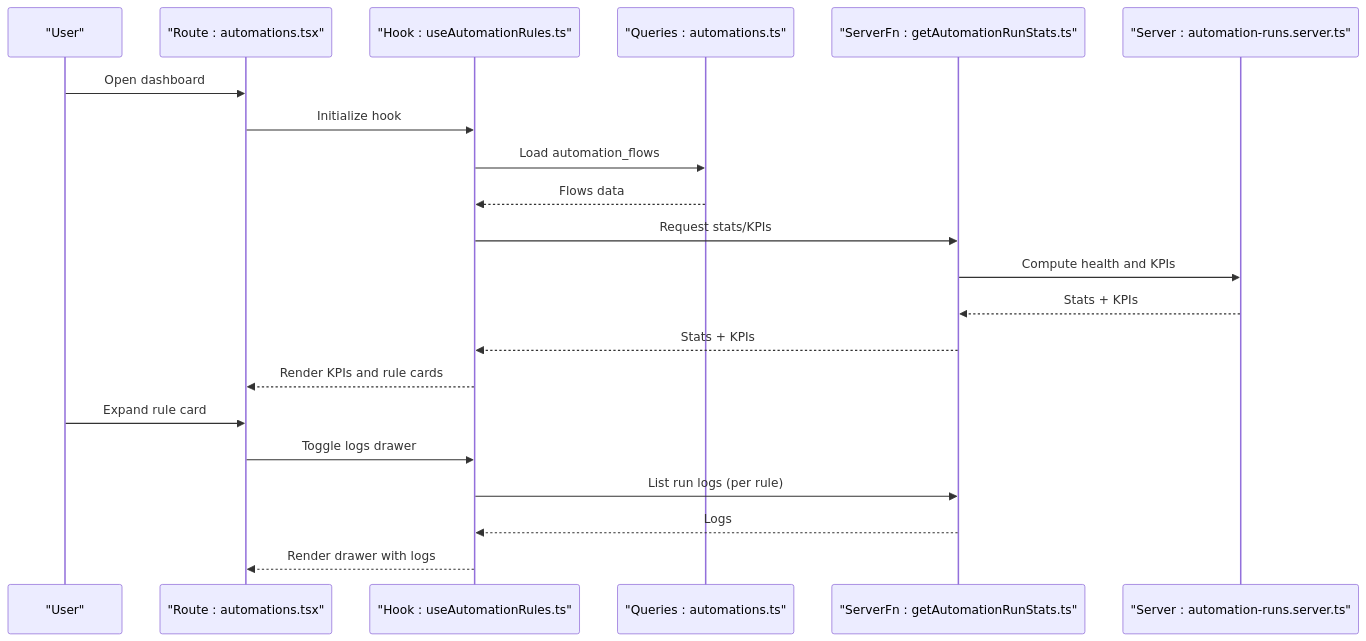
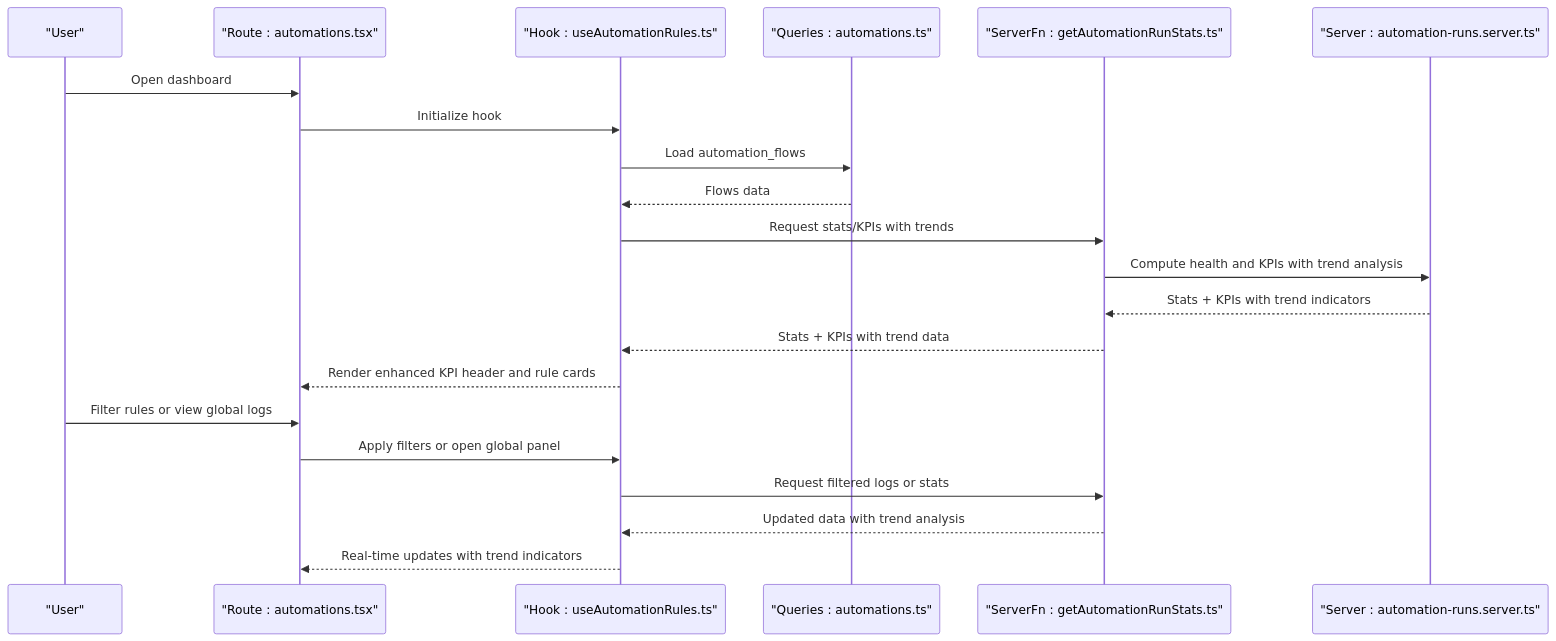
Before and after one commit to gastaldellomarco/pcReady: the second of 5 diagrams in .qoder/repowiki/en/content/Automation System/Automation KPIs and Dashboard.md, drawn with Mermaid. The commit also changed other lines of this file and 19 other files, not shown here.

First line of the commit message:
feat(automation): enhance Automation Flow Builder with dual-mode design and advanced UI

````diff
--- a/.qoder/repowiki/en/content/Automation System/Automation KPIs and Dashboard.md
+++ b/.qoder/repowiki/en/content/Automation System/Automation KPIs and Dashboard.md
@@ -86,23 +106,23 @@
 ```mermaid
 sequenceDiagram
 participant U as "User"
 participant R as "Route : automations.tsx"
 participant H as "Hook : useAutomationRules.ts"
 participant Q as "Queries : automations.ts"
 participant S as "ServerFn : getAutomationRunStats.ts"
 participant SRV as "Server : automation-runs.server.ts"
 U->>R : Open dashboard
 R->>H : Initialize hook
 H->>Q : Load automation_flows
 Q-->>H : Flows data
-H->>S : Request stats/KPIs
-S->>SRV : Compute health and KPIs
-SRV-->>S : Stats + KPIs
-S-->>H : Stats + KPIs
-H-->>R : Render KPIs and rule cards
-U->>R : Expand rule card
-R->>H : Toggle logs drawer
-H->>S : List run logs (per rule)
-S-->>H : Logs
-H-->>R : Render drawer with logs
+H->>S : Request stats/KPIs with trends
+S->>SRV : Compute health and KPIs with trend analysis
+SRV-->>S : Stats + KPIs with trend indicators
+S-->>H : Stats + KPIs with trend data
+H-->>R : Render enhanced KPI header and rule cards
+U->>R : Filter rules or view global logs
+R->>H : Apply filters or open global panel
+H->>S : Request filtered logs or stats
+S-->>H : Updated data with trend analysis
+H-->>R : Real-time updates with trend indicators
 ```
````
